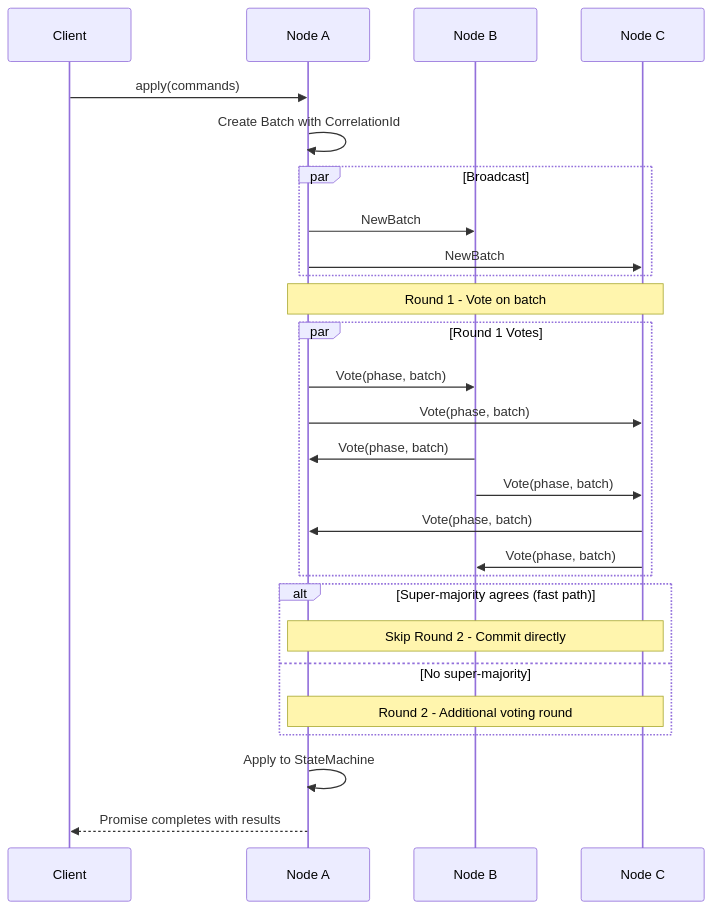
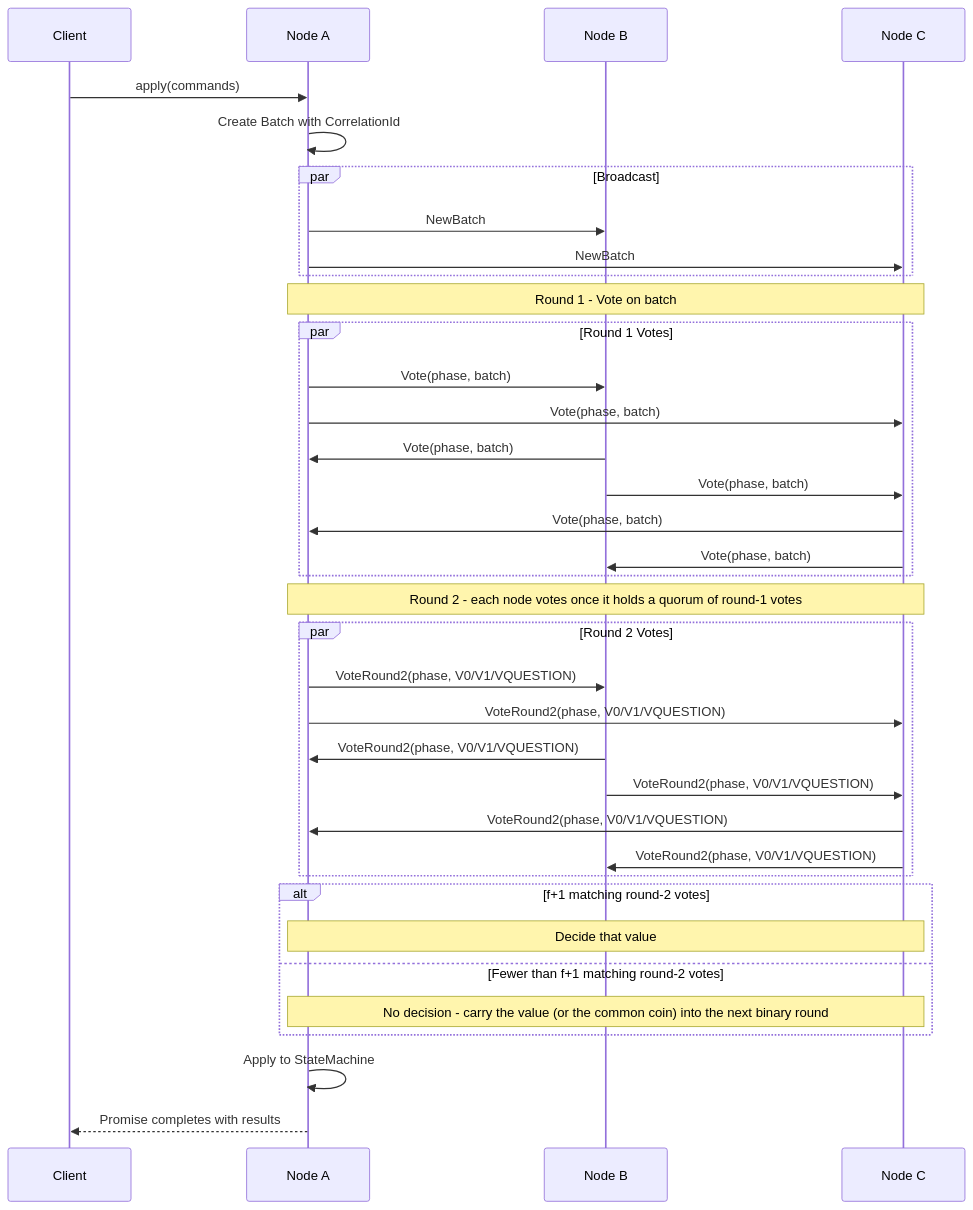
One commit to pragmaticalabs/pragmatica changed the first of 6 diagrams in aether/docs/architecture/01-consensus.md. Above: the diagram before and after it, drawn with Mermaid. The commit also changed other lines of this file and 14 other files, not shown here.

Commit message:
fix: remove dead consensus_fast_path_total metric and correct round-1 fast-path docs (#2617)

````diff
--- a/aether/docs/architecture/01-consensus.md
+++ b/aether/docs/architecture/01-consensus.md
@@ -24,35 +24,46 @@
 ```mermaid
 sequenceDiagram
     participant Client
     participant NodeA as Node A
     participant NodeB as Node B
     participant NodeC as Node C
 
     Client->>NodeA: apply(commands)
     NodeA->>NodeA: Create Batch with CorrelationId
 
     par Broadcast
         NodeA->>NodeB: NewBatch
         NodeA->>NodeC: NewBatch
     end
 
     Note over NodeA,NodeC: Round 1 - Vote on batch
 
     par Round 1 Votes
         NodeA->>NodeB: Vote(phase, batch)
         NodeA->>NodeC: Vote(phase, batch)
         NodeB->>NodeA: Vote(phase, batch)
         NodeB->>NodeC: Vote(phase, batch)
         NodeC->>NodeA: Vote(phase, batch)
         NodeC->>NodeB: Vote(phase, batch)
     end
 
-    alt Super-majority agrees (fast path)
-        Note over NodeA,NodeC: Skip Round 2 - Commit directly
-    else No super-majority
-        Note over NodeA,NodeC: Round 2 - Additional voting round
+    Note over NodeA,NodeC: Round 2 - each node votes once it holds a quorum of round-1 votes
+
+    par Round 2 Votes
+        NodeA->>NodeB: VoteRound2(phase, V0/V1/VQUESTION)
+        NodeA->>NodeC: VoteRound2(phase, V0/V1/VQUESTION)
+        NodeB->>NodeA: VoteRound2(phase, V0/V1/VQUESTION)
+        NodeB->>NodeC: VoteRound2(phase, V0/V1/VQUESTION)
+        NodeC->>NodeA: VoteRound2(phase, V0/V1/VQUESTION)
+        NodeC->>NodeB: VoteRound2(phase, V0/V1/VQUESTION)
+    end
+
+    alt f+1 matching round-2 votes
+        Note over NodeA,NodeC: Decide that value
+    else Fewer than f+1 matching round-2 votes
+        Note over NodeA,NodeC: No decision - carry the value (or the common coin) into the next binary round
     end
 
     NodeA->>NodeA: Apply to StateMachine
     NodeA-->>Client: Promise completes with results
 ```
````
